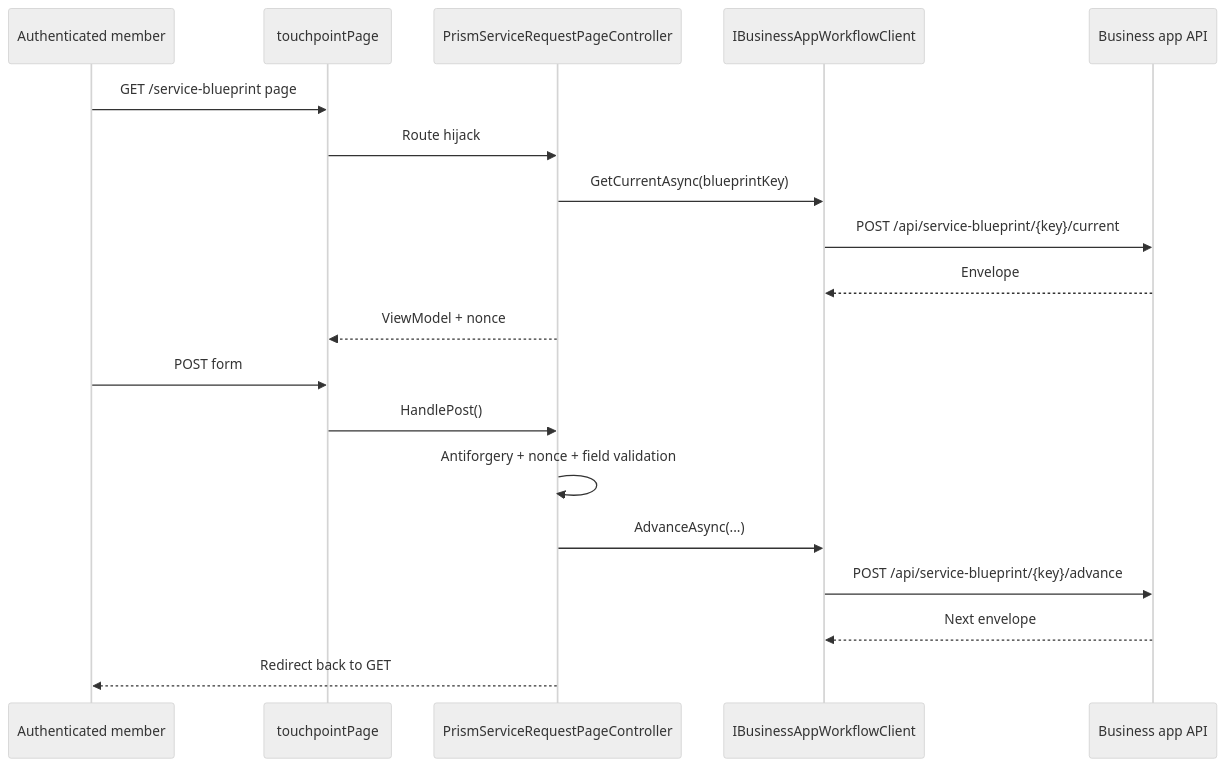
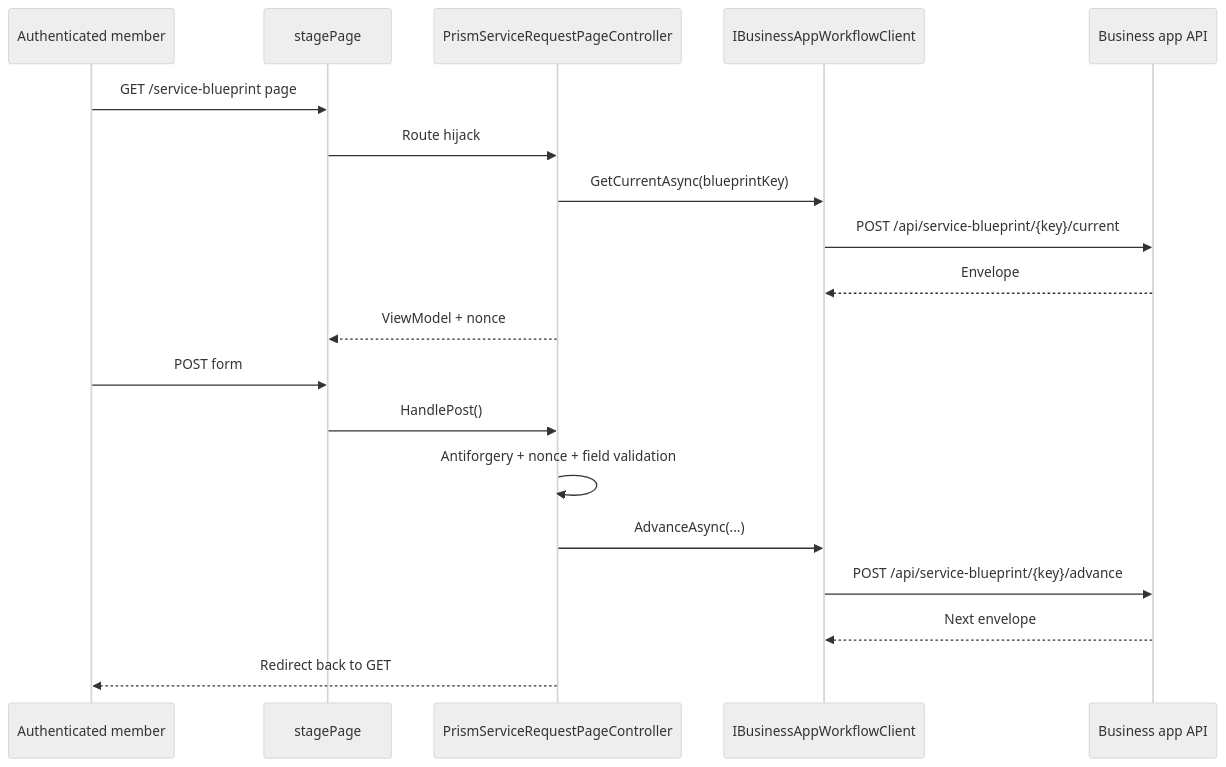
Before and after one commit to jonnymuir/Umbraco.Prism: the diagram in docs/design/service-request-forms-engine-umbraco.md, drawn with Mermaid (neutral theme). The commit also changed other lines of this file and 272 other files, not shown here.

````diff
--- a/docs/design/service-request-forms-engine-umbraco.md
+++ b/docs/design/service-request-forms-engine-umbraco.md
@@ -99,22 +99,22 @@
 ```mermaid
 sequenceDiagram
     participant Member as Authenticated member
-    participant Page as touchpointPage
+    participant Page as stagePage
     participant Controller as PrismServiceRequestPageController
     participant Client as IBusinessAppWorkflowClient
     participant API as Business app API
 
     Member->>Page: GET /service-blueprint page
     Page->>Controller: Route hijack
     Controller->>Client: GetCurrentAsync(blueprintKey)
     Client->>API: POST /api/service-blueprint/{key}/current
     API-->>Client: Envelope
     Controller-->>Page: ViewModel + nonce
     Member->>Page: POST form
     Page->>Controller: HandlePost()
     Controller->>Controller: Antiforgery + nonce + field validation
     Controller->>Client: AdvanceAsync(...)
     Client->>API: POST /api/service-blueprint/{key}/advance
     API-->>Client: Next envelope
     Controller-->>Member: Redirect back to GET
 ```
````
